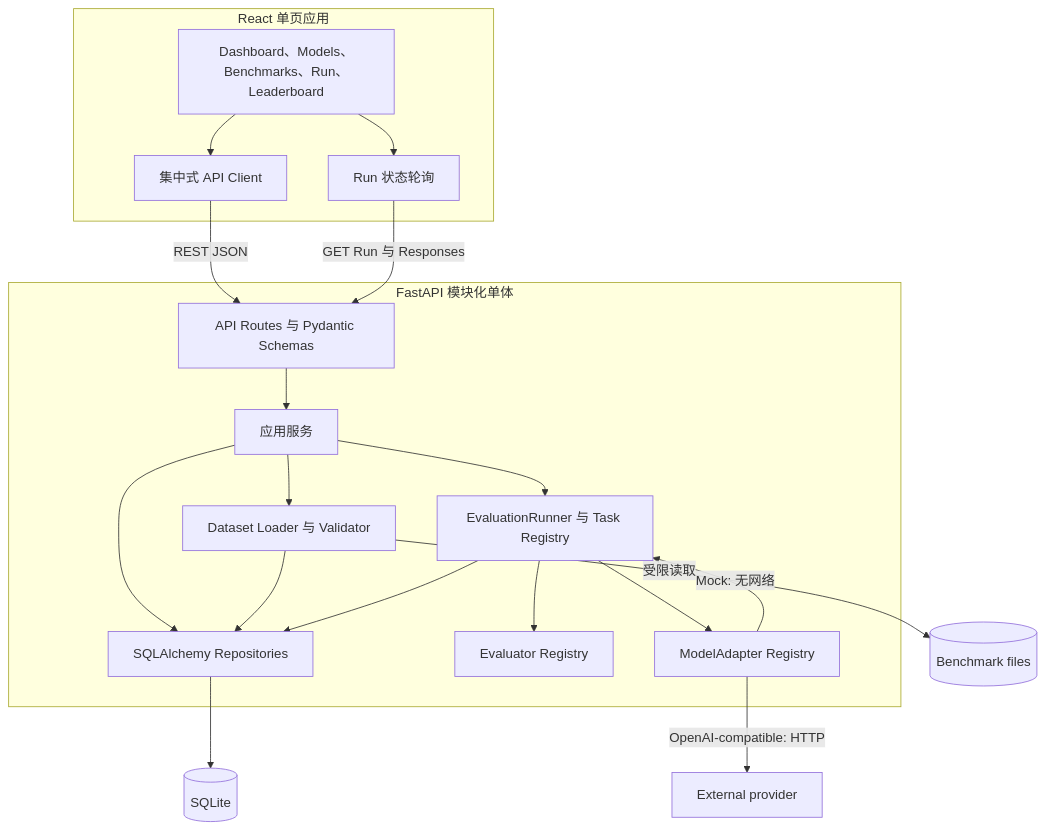
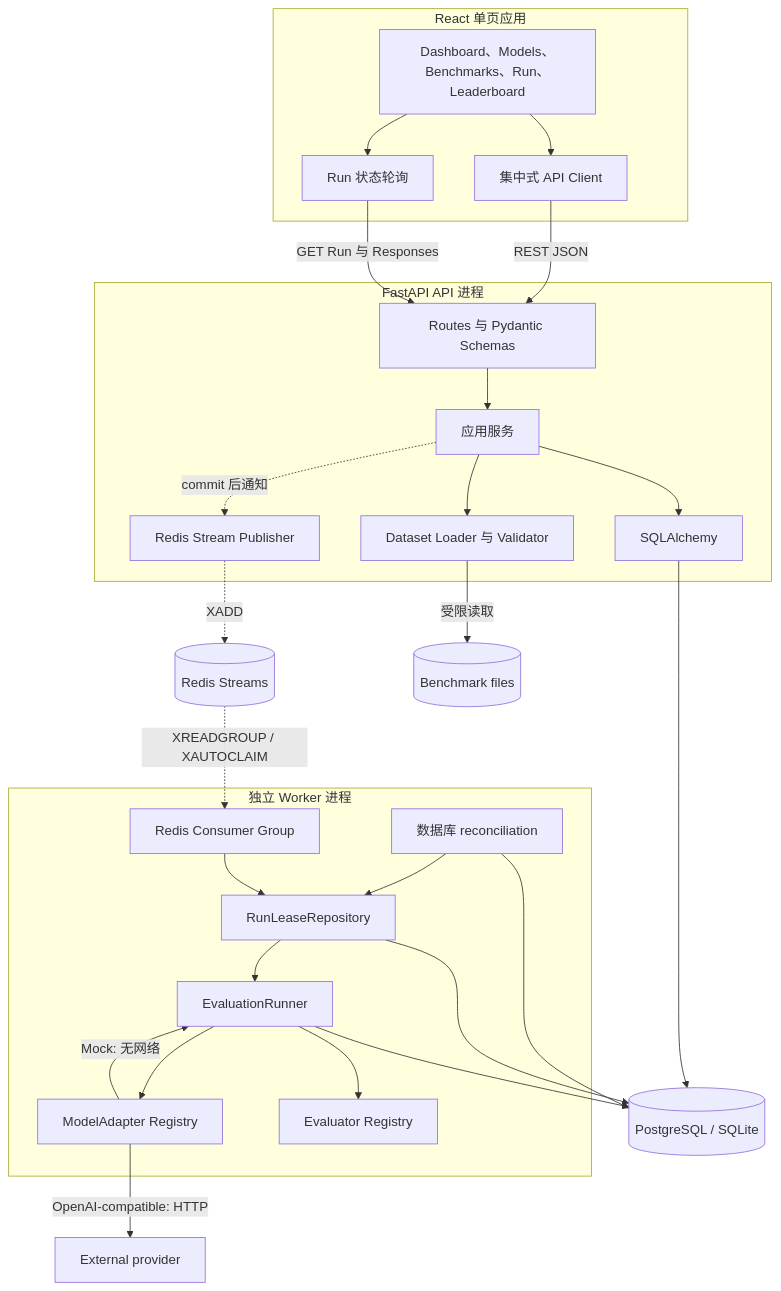
The second of 7 diagrams in docs/ARCHITECTURE.md (CWNU-Open-Source-Community/LLMBenchLab), drawn with Mermaid before and after one commit. The commit also changed other lines of this file and 13 other files, not shown here.

````diff
--- a/docs/ARCHITECTURE.md
+++ b/docs/ARCHITECTURE.md
@@ -39,40 +47,52 @@
 ```mermaid
 flowchart TB
     subgraph FE[React 单页应用]
         Pages[Dashboard、Models、Benchmarks、Run、Leaderboard]
         Client[集中式 API Client]
         Poller[Run 状态轮询]
         Pages --> Client
         Pages --> Poller
     end
 
-    subgraph BE[FastAPI 模块化单体]
-        Routes[API Routes 与 Pydantic Schemas]
+    subgraph APIProcess[FastAPI API 进程]
+        Routes[Routes 与 Pydantic Schemas]
         Services[应用服务]
         Importer[Dataset Loader 与 Validator]
-        Runner[EvaluationRunner 与 Task Registry]
+        QueuePublisher[Redis Stream Publisher]
+        Routes --> Services
+        Services --> Importer
+        Services --> APIRepo[SQLAlchemy]
+        Services -.->|commit 后通知| QueuePublisher
+    end
+
+    subgraph WorkerProcess[独立 Worker 进程]
+        Reconcile[数据库 reconciliation]
+        QueueConsumer[Redis Consumer Group]
+        LeaseRepo[RunLeaseRepository]
+        Runner[EvaluationRunner]
         Adapters[ModelAdapter Registry]
         Evaluators[Evaluator Registry]
-        Repos[SQLAlchemy Repositories]
-
-        Routes --> Services
-        Services --> Importer
-        Services --> Runner
+        Reconcile --> LeaseRepo
+        QueueConsumer --> LeaseRepo
+        LeaseRepo --> Runner
         Runner --> Adapters
         Runner --> Evaluators
-        Services --> Repos
-        Importer --> Repos
-        Runner --> Repos
     end
 
-    DB[(SQLite)]
+    DB[(PostgreSQL / SQLite)]
+    Redis[(Redis Streams)]
     Files[(Benchmark files)]
     Provider[External provider]
 
     Client -->|REST JSON| Routes
     Poller -->|GET Run 与 Responses| Routes
     Importer -->|受限读取| Files
-    Repos --> DB
+    APIRepo --> DB
+    QueuePublisher -. XADD .-> Redis
+    Redis -. XREADGROUP / XAUTOCLAIM .-> QueueConsumer
+    Reconcile --> DB
+    LeaseRepo --> DB
+    Runner --> DB
     Adapters -->|Mock: 无网络| Runner
     Adapters -->|OpenAI-compatible: HTTP| Provider
 ```
````
